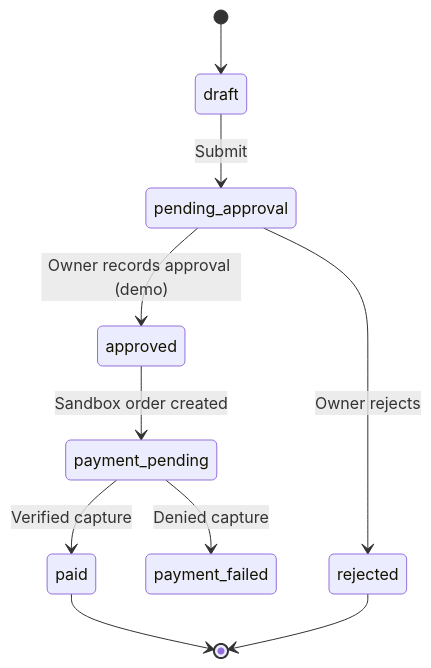
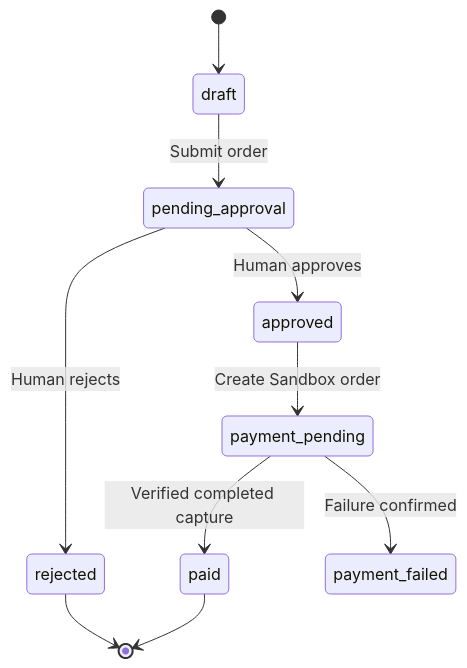
The second of 2 diagrams in docs/architecture.md (PerezChris99/ProcurePilot-AI), drawn with Mermaid before and after one commit. The commit also changed other lines of this file, not shown here.

First line of the commit message:
docs(architecture): compact technical review with two precise flow diagrams

```diff
--- a/docs/architecture.md
+++ b/docs/architecture.md
@@ -37,12 +33,12 @@
 ~~~mermaid
 stateDiagram-v2
-  [*] --> draft
-  draft --> pending_approval: Submit
-  pending_approval --> approved: Owner records approval (demo)
-  pending_approval --> rejected: Owner rejects
-  approved --> payment_pending: Sandbox order created
-  payment_pending --> paid: Verified capture
-  payment_pending --> payment_failed: Denied capture
-  paid --> [*]
-  rejected --> [*]
+    [*] --> draft
+    draft --> pending_approval: Submit order
+    pending_approval --> approved: Human approves
+    pending_approval --> rejected: Human rejects
+    approved --> payment_pending: Create Sandbox order
+    payment_pending --> paid: Verified completed capture
+    payment_pending --> payment_failed: Failure confirmed
+    rejected --> [*]
+    paid --> [*]
 ~~~
```
